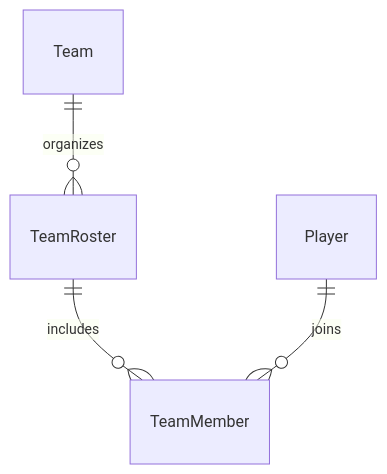
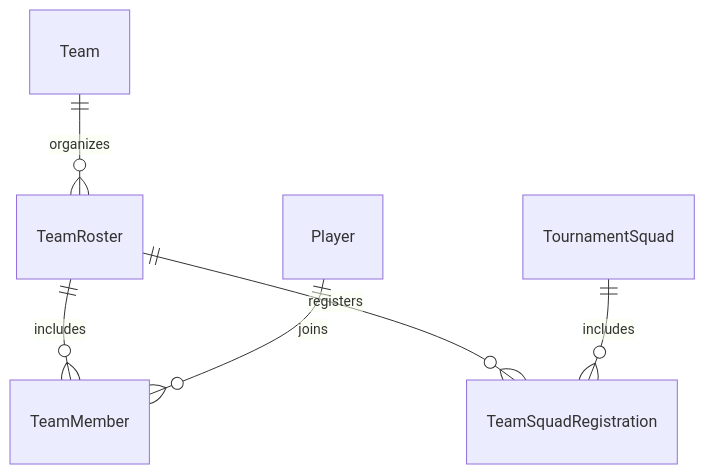
One commit to MarioKartCentral/MarioKartCentral changed the fourth of 16 diagrams in docs/database.md. Above: the diagram before and after it, drawn with Mermaid. The commit also changed other lines of this file and 37 other files, not shown here.

First line of the commit message:
Implement multi-database architecture (#183)

````diff
--- a/docs/database.md
+++ b/docs/database.md
@@ -182,7 +180,9 @@
 ```mermaid
 erDiagram
     %% Organization
     Team ||--o{ TeamRoster : "organizes"
     TeamRoster ||--o{ TeamMember : "includes"
     Player ||--o{ TeamMember : "joins"
+    TeamRoster ||--o{ TeamSquadRegistration : "registers"
+    TournamentSquad ||--o{ TeamSquadRegistration : "includes"
 ```
````
